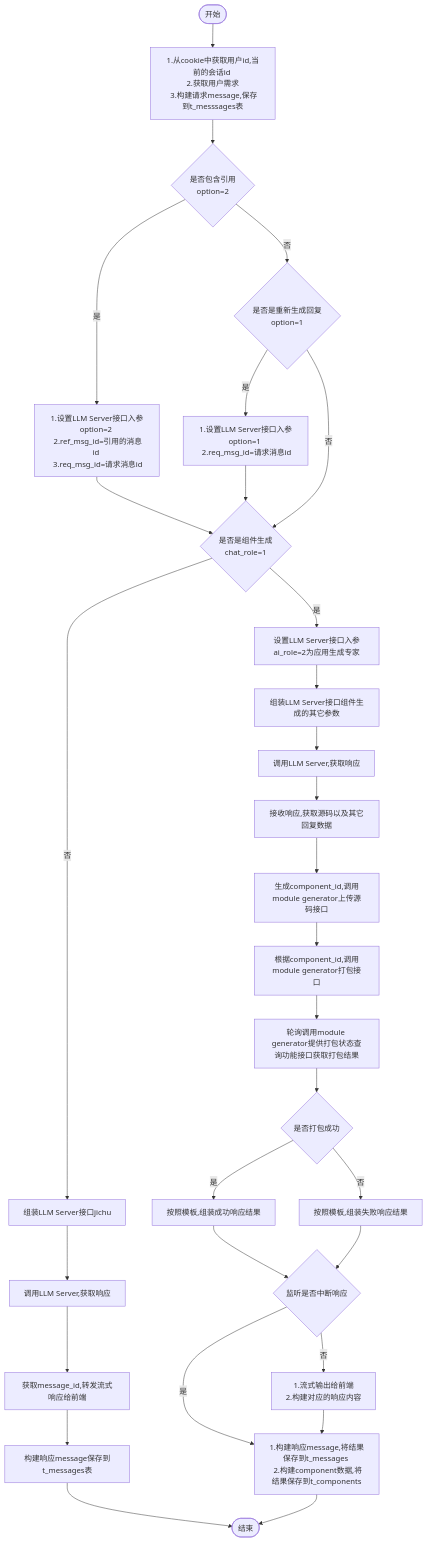
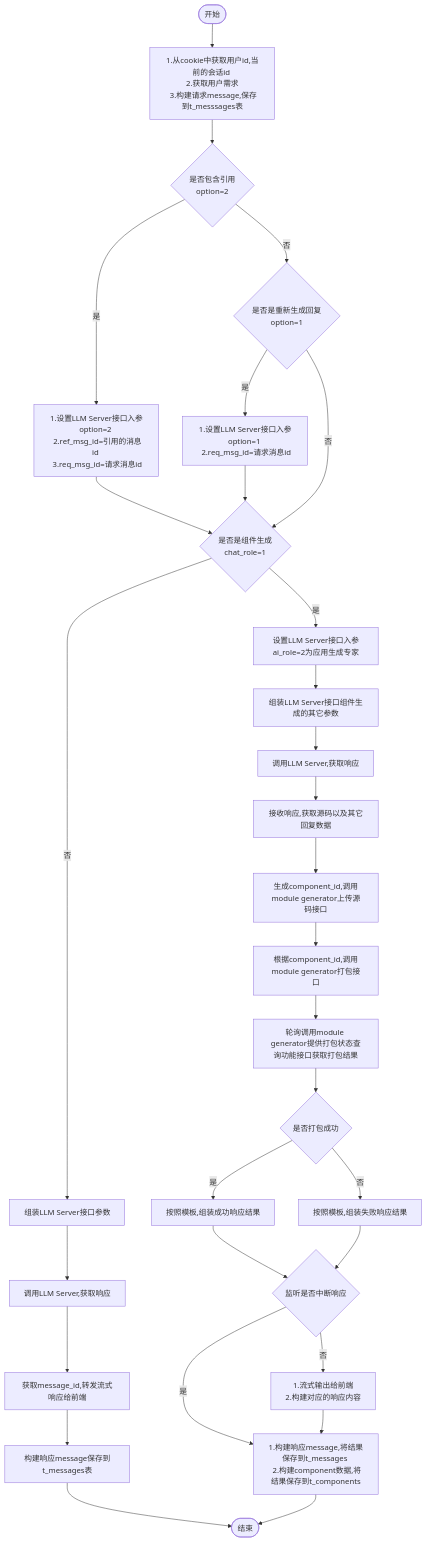
Before and after one commit to yingjianzh/iodraw-files: the diagram in all/未命名-8.md, drawn with Mermaid.

Commit message:
2024-10-16 09:17:08 update

````diff
--- a/all/未命名-8.md
+++ b/all/未命名-8.md
@@ -1,36 +1,36 @@
 ```mermaid
 flowchart TD
     A([开始]) --> B[1.从cookie中获取用户id,当前的会话id \n 2.获取用户需求 \n 3.构建请求message,保存到t_messsages表]
     B--> D{是否包含引用 \n option=2}
     D -- 是 --> E[1.设置LLM Server接口入参option=2 \n 2.ref_msg_id=引用的消息id \n 3.req_msg_id=请求消息id]
     D -- 否 --> F{是否是重新生成回复\n option=1}
     F -- 是 --> G[1.设置LLM Server接口入参option=1 \n 2.req_msg_id=请求消息id]
     F -- 否 --> I
      
     E & G --> I{是否是组件生成 \n chat_role=1}
-    I -- 否 --> M[组装LLM Server接口jichu ] 
+    I -- 否 --> M[组装LLM Server接口参数] 
     I -- 是 --> J[设置LLM Server接口入参ai_role=2为应用生成专家]
     
 
     J --> L[组装LLM Server接口组件生成的其它参数]    
     M --> N[调用LLM Server,获取响应]    
     N --> O[获取message_id,转发流式响应给前端]
     O --> P[构建响应message保存到t_messages表]
     P --> R([结束])
 
 
     L --> S[调用LLM Server,获取响应]
     S --> T[接收响应,获取源码以及其它回复数据]
     T --> U[生成component_id,调用module generator上传源码接口]
     U --> V[根据component_id,调用module generator打包接口]
     V --> W[轮询调用module generator提供打包状态查询功能接口获取打包结果]
     W --> X{是否打包成功}
     X -- 是 --> Y[按照模板,组装成功响应结果]
     X -- 否 --> Z[按照模板,组装失败响应结果]
     Y & Z --> Done{监听是否中断响应}
     Done -- 是 --> Result
     Done -- 否 --> OutPut[1.流式输出给前端 \n 2.构建对应的响应内容]
 
     OutPut --> Result[1.构建响应message,将结果保存到t_messages \n 2.构建component数据,将结果保存到t_components]
     Result --> R
 ```
````
